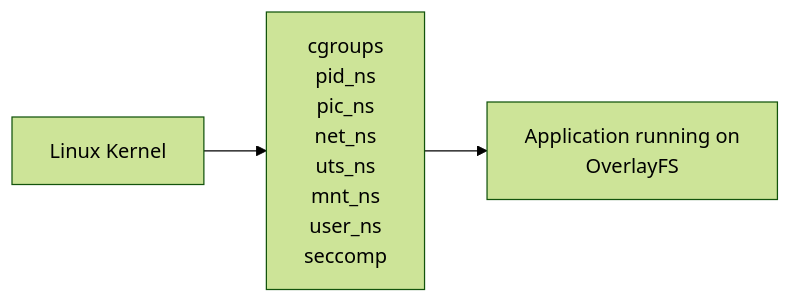
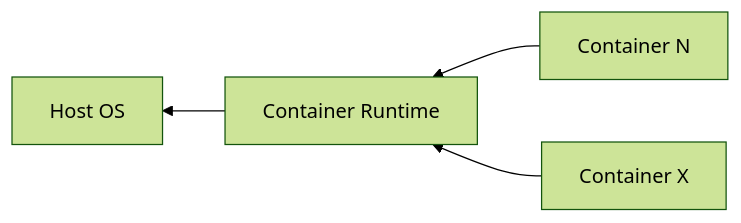
One commit to hayamahamed/c365 changed the first of 2 diagrams in docs/general/containers.md. Above: the diagram before and after it, drawn with Mermaid (forest theme). The commit also changed other lines of this file and 4 other files, not shown here.

````diff
--- a/docs/general/containers.md
+++ b/docs/general/containers.md
@@ -37,14 +37,6 @@
 ```mermaid
-graph LR
-A[Linux Kernel] --> B[
-      cgroups
-      pid_ns
-      pic_ns
-      net_ns
-      uts_ns
-      mnt_ns
-      user_ns
-      seccomp
-] --> C[Application running on
-OverlayFS]
+graph RL;
+    A[Container N]-->C[Container Runtime]
+    B[Container X]-->C[Container Runtime]
+    C[Container Runtime]--> D[Host OS]
 ```
````
